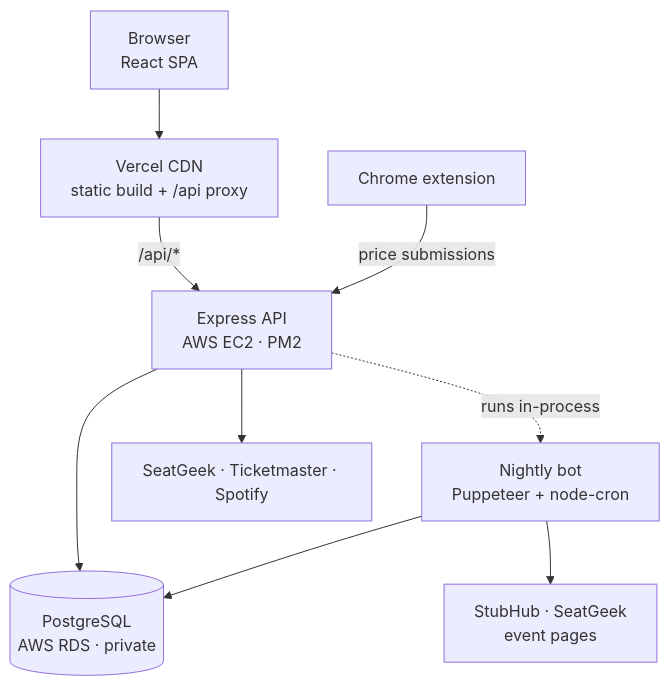
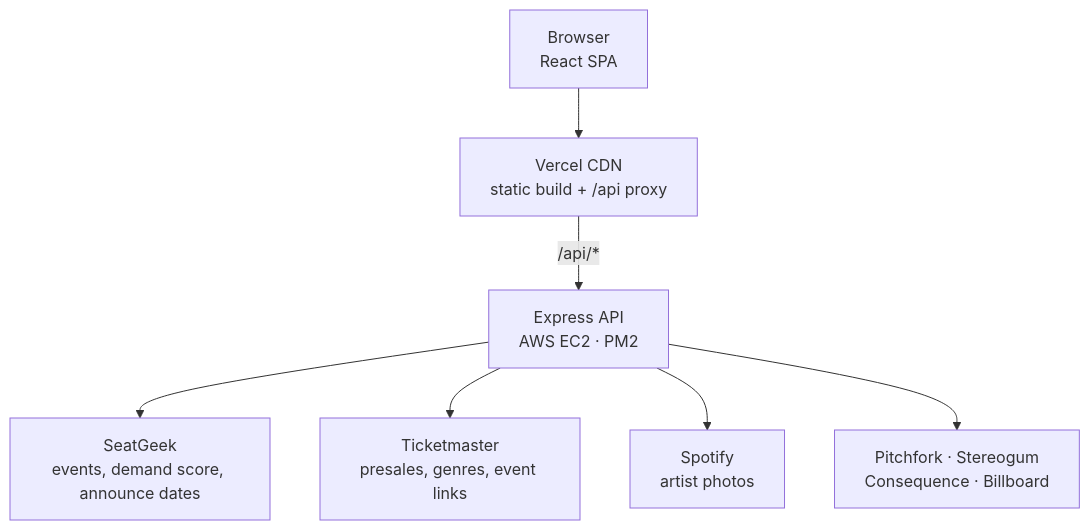
The diagram in README.md (danielj2290/FrontRow), drawn with Mermaid before and after one commit. The commit also changed other lines of this file and 19 other files, not shown here.

First line of the commit message:
chore: remove the price-scraping bot and database layer

````diff
--- a/README.md
+++ b/README.md
@@ -42,20 +95,17 @@
 ```mermaid
 flowchart TD
     Browser["Browser<br/>React SPA"]
     Vercel["Vercel CDN<br/>static build + /api proxy"]
     API["Express API<br/>AWS EC2 · PM2"]
-    DB[("PostgreSQL<br/>AWS RDS · private")]
-    Bot["Nightly bot<br/>Puppeteer + node-cron"]
-    Ext["Chrome extension"]
-    Ext3["SeatGeek · Ticketmaster · Spotify"]
-    Mkt["StubHub · SeatGeek<br/>event pages"]
+    SG["SeatGeek<br/>events, demand score, announce dates"]
+    TM["Ticketmaster<br/>presales, genres, event links"]
+    SP["Spotify<br/>artist photos"]
+    RSS["Pitchfork · Stereogum<br/>Consequence · Billboard"]
 
     Browser --> Vercel
     Vercel -->|/api/*| API
-    Ext -->|price submissions| API
-    API --> DB
-    API --> Ext3
-    Bot --> Mkt
-    Bot --> DB
-    API -.->|runs in-process| Bot
+    API --> SG
+    API --> TM
+    API --> SP
+    API --> RSS
 ```
````
